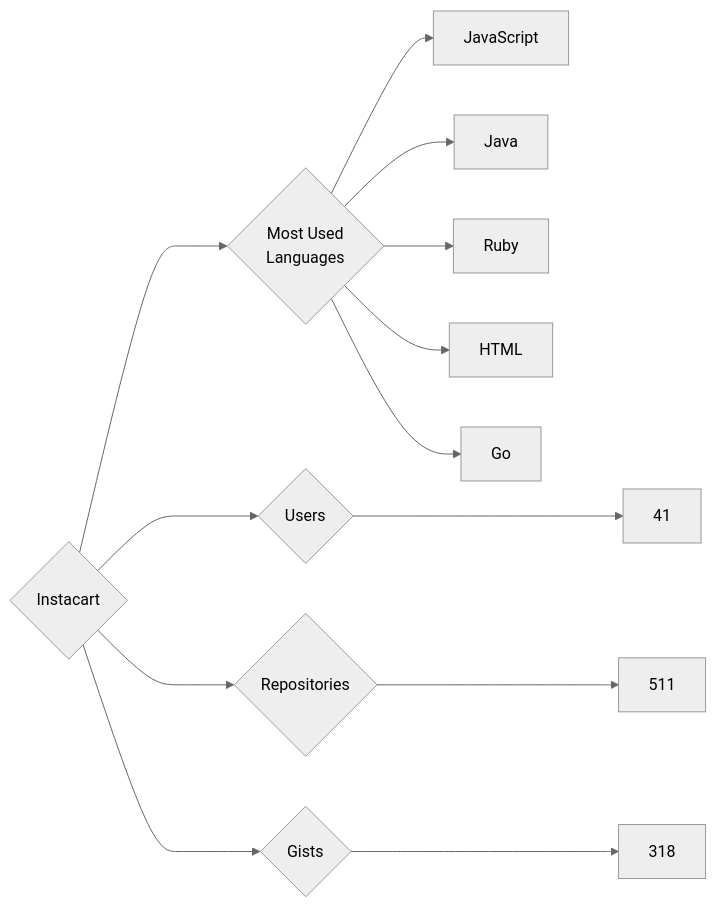
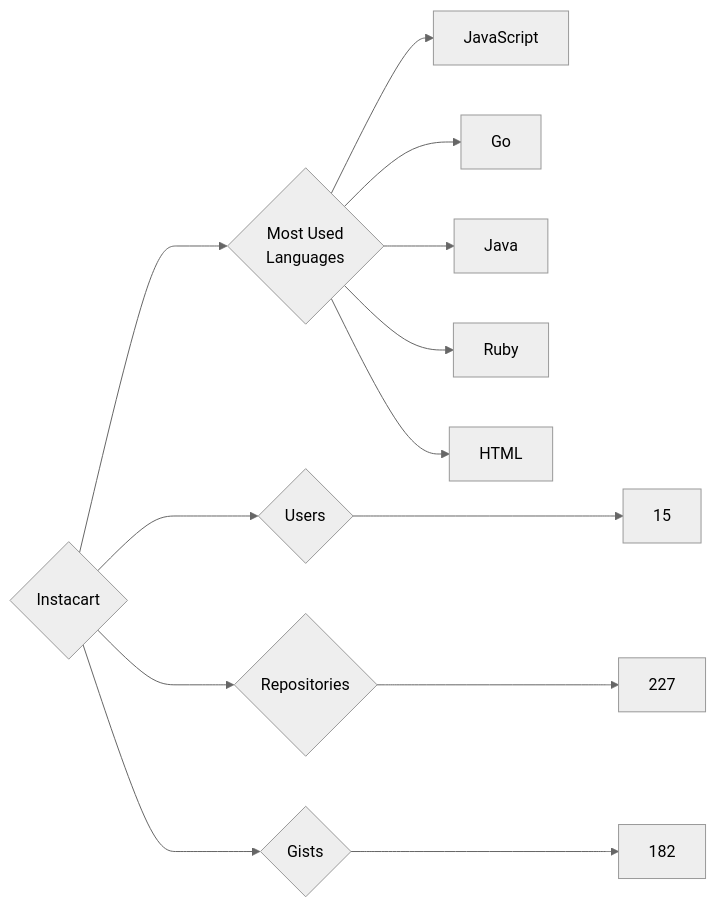
One commit to trickest/insiders changed the diagram in targets/Instacart/README.md. Above: the diagram before and after it, drawn with Mermaid (neutral theme). The commit also changed 721 other files, not shown here.

````diff
--- a/targets/Instacart/README.md
+++ b/targets/Instacart/README.md
@@ -3,13 +3,13 @@
 ```mermaid
 graph LR
 COMPANY_NAME{Instacart}
-COMPANY_NAME ---> U{Users} ---> UN[41]
-COMPANY_NAME ---> R{Repositories} ---> RN[511]
-COMPANY_NAME ---> G{Gists} ---> GN[318]
+COMPANY_NAME ---> U{Users} ---> UN[15]
+COMPANY_NAME ---> R{Repositories} ---> RN[227]
+COMPANY_NAME ---> G{Gists} ---> GN[182]
 COMPANY_NAME ---> ML{Most Used<br>Languages}
 ML --> JavaScript[JavaScript]
+ML --> Go[Go]
 ML --> Java[Java]
 ML --> Ruby[Ruby]
 ML --> HTML[HTML]
-ML --> Go[Go]
 ```
````
